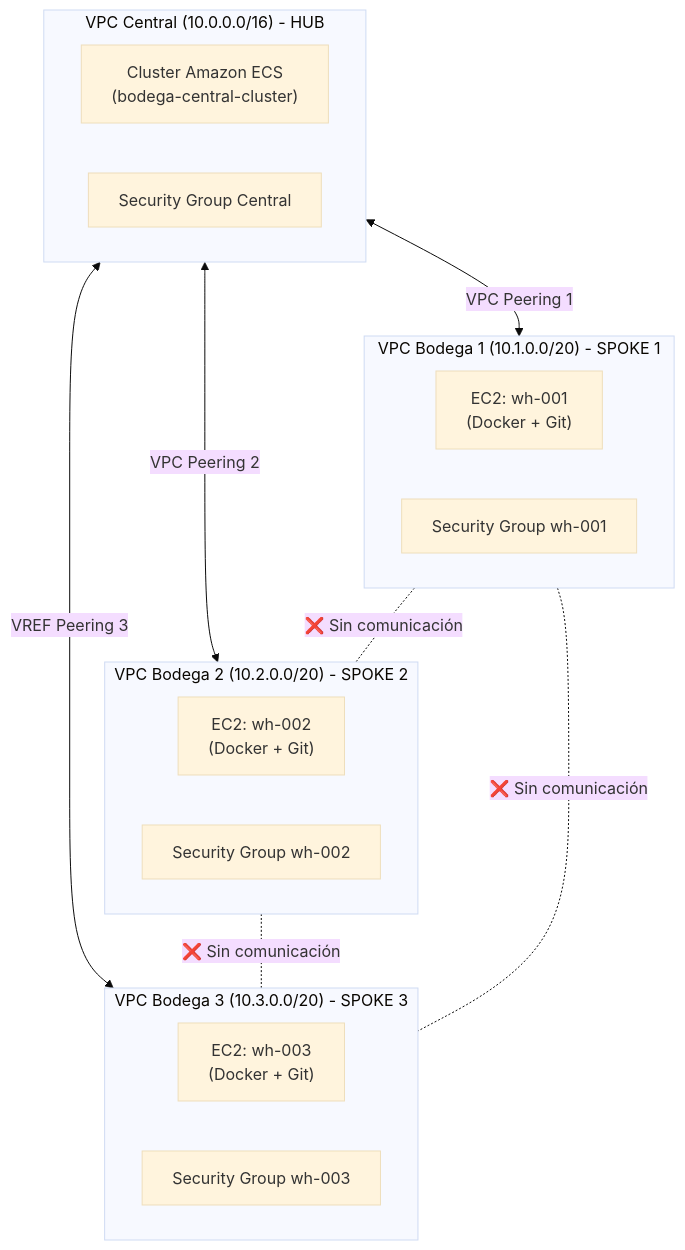
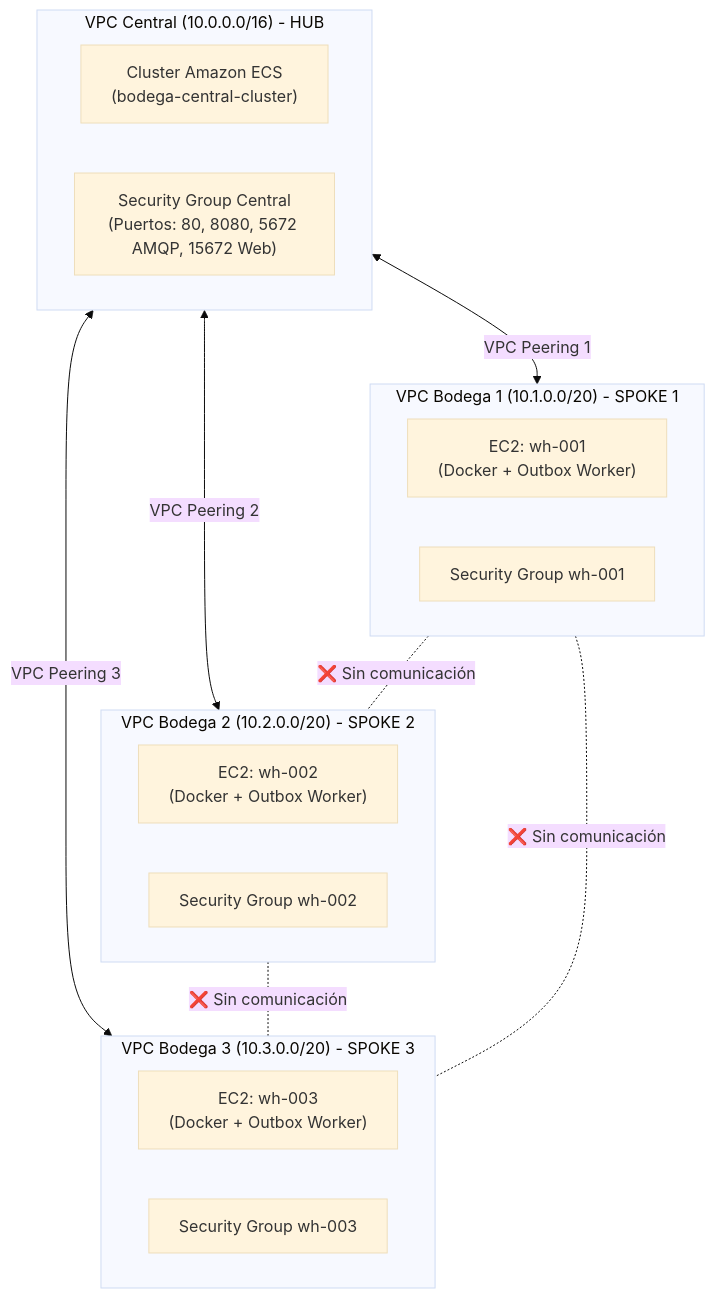
The diagram in README.md (benjamin94773/WareHouse), drawn with Mermaid (base theme) before and after one commit. The commit also changed other lines of this file, not shown here.

````diff
--- a/README.md
+++ b/README.md
@@ -11,32 +46,32 @@
 ```mermaid
 flowchart TD
     subgraph Central["VPC Central (10.0.0.0/16) - HUB"]
         ECS["Cluster Amazon ECS\n(bodega-central-cluster)"]
-        SGCentral["Security Group Central"]
+        SGCentral["Security Group Central\n(Puertos: 80, 8080, 5672 AMQP, 15672 Web)"]
     end
 
     subgraph WH1["VPC Bodega 1 (10.1.0.0/20) - SPOKE 1"]
-        EC2_1["EC2: wh-001\n(Docker + Git)"]
+        EC2_1["EC2: wh-001\n(Docker + Outbox Worker)"]
         SG_1["Security Group wh-001"]
     end
 
     subgraph WH2["VPC Bodega 2 (10.2.0.0/20) - SPOKE 2"]
-        EC2_2["EC2: wh-002\n(Docker + Git)"]
+        EC2_2["EC2: wh-002\n(Docker + Outbox Worker)"]
         SG_2["Security Group wh-002"]
     end
 
     subgraph WH3["VPC Bodega 3 (10.3.0.0/20) - SPOKE 3"]
-        EC2_3["EC2: wh-003\n(Docker + Git)"]
+        EC2_3["EC2: wh-003\n(Docker + Outbox Worker)"]
         SG_3["Security Group wh-003"]
     end
 
-    %% Conexiones Peering autorizadas (Central <-> Bodegas)
+    %% Conexiones Peering autorizadas
     Central <-->|"VPC Peering 1"| WH1
     Central <-->|"VPC Peering 2"| WH2
-    Central <-->|"VREF Peering 3"| WH3
+    Central <-->|"VPC Peering 3"| WH3
 
     %% Aislamiento
     WH1 -. "❌ Sin comunicación" .- WH2
     WH2 -. "❌ Sin comunicación" .- WH3
     WH1 -. "❌ Sin comunicación" .- WH3
 ```
````
